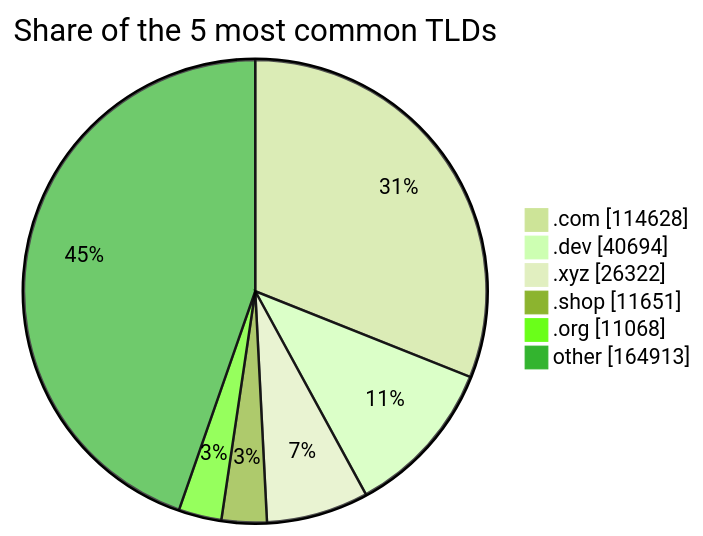
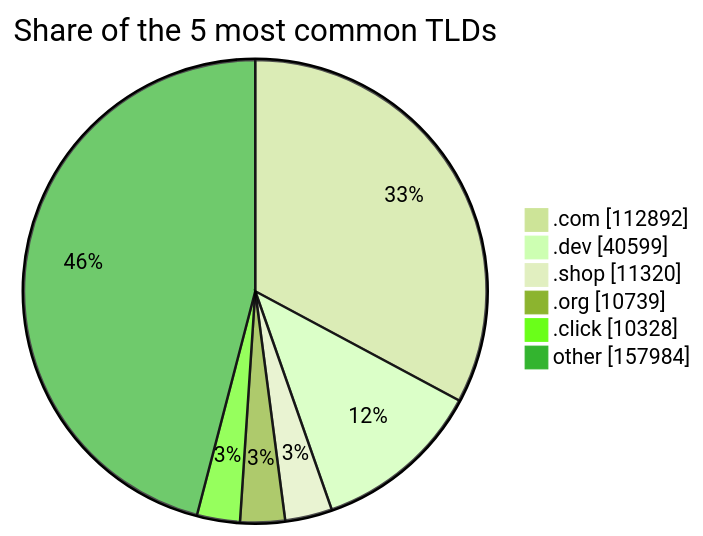
The third of 3 diagrams in README.md (DNSBunker/CTI), drawn with Mermaid (forest theme) before and after one commit. The commit also changed other lines of this file and 3 other files, not shown here.

````diff
--- a/README.md
+++ b/README.md
@@ -81,9 +81,9 @@
 ```mermaid
 pie showData title Share of the 5 most common TLDs
-    ".com" : 114628
-    ".dev" : 40694
-    ".xyz" : 26322
-    ".shop" : 11651
-    ".org" : 11068
-    "other" : 164913
+    ".com" : 112892
+    ".dev" : 40599
+    ".shop" : 11320
+    ".org" : 10739
+    ".click" : 10328
+    "other" : 157984
 ```
````
